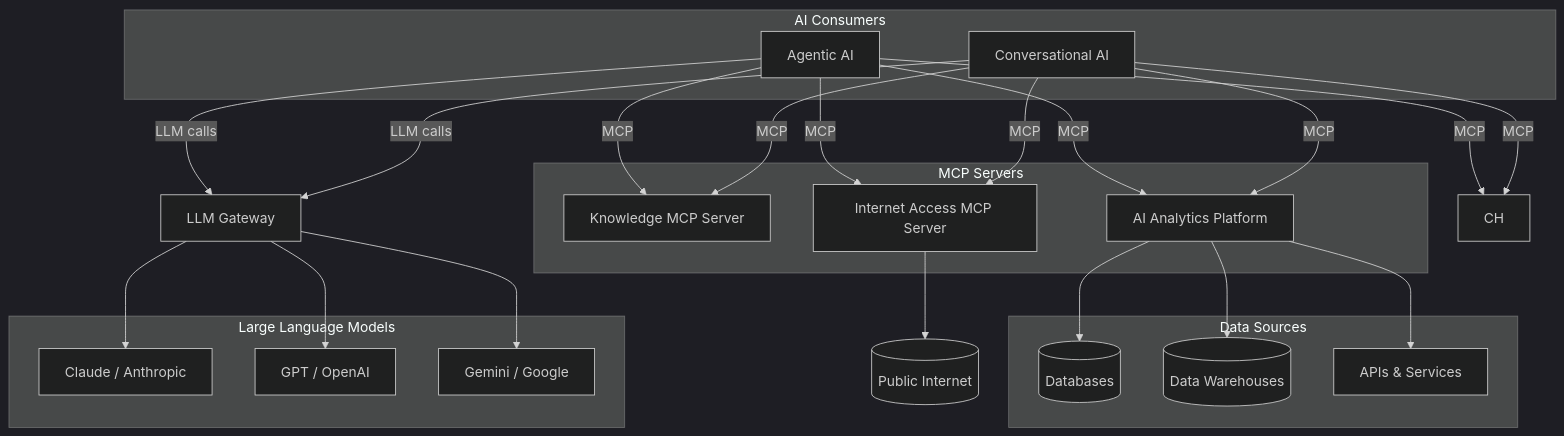
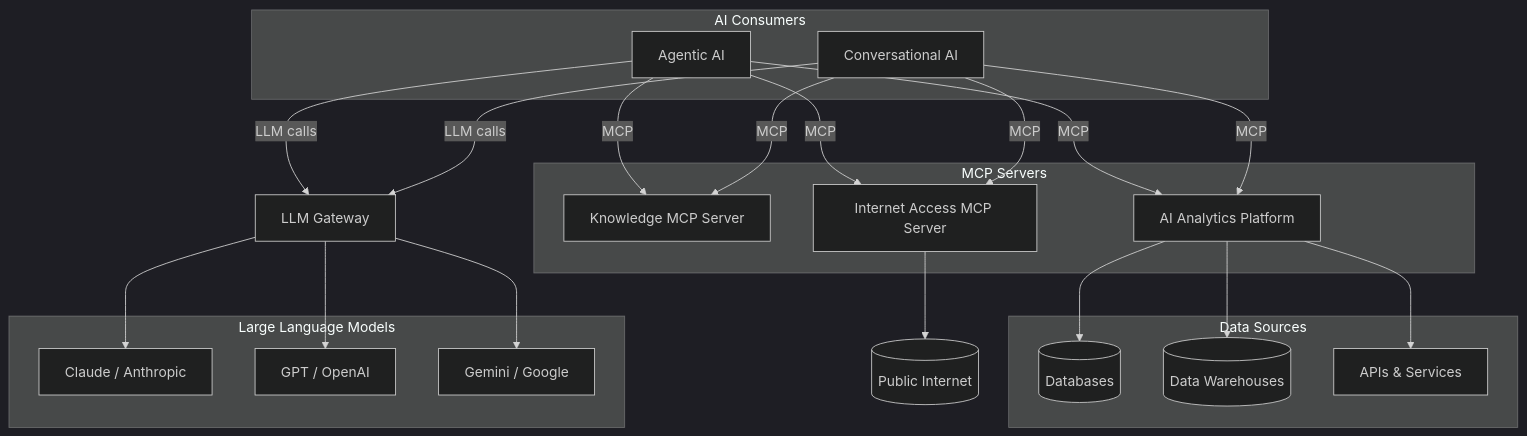
Before and after one commit to M-A-Operating-System/shared-work: the diagram in README.md, drawn with Mermaid (dark theme).

````diff
--- a/README.md
+++ b/README.md
@@ -39,54 +39,52 @@
 ```mermaid
 flowchart TB
     subgraph Consumers["AI Consumers"]
         AgAI[Agentic AI]
         ConvAI[Conversational AI]
     end
 
     subgraph MCPServers["MCP Servers"]
         KN[Knowledge MCP Server]
         AN[AI Analytics Platform]
         IN[Internet Access MCP Server]
     end
 
     subgraph DataSources["Data Sources"]
         DB[(Databases)]
         DW[(Data Warehouses)]
         API[APIs & Services]
     end
 
     WEB[("Public Internet")]
 
     GW[LLM Gateway]
 
     subgraph LLMPool["Large Language Models"]
         L1[Claude / Anthropic]
         L2[GPT / OpenAI]
         L3[Gemini / Google]
     end
 
     AN --> DB
     AN --> DW
     AN --> API
     IN --> WEB
     GW --> L1
     GW --> L2
     GW --> L3
 
     click AN href "docs/product/analytics/01-overview.md"
     click KN href "docs/product/knowledge/01-overview.md"
     click CH href "docs/product/assistant/01-overview.md"
     click IN href "docs/product/internet/01-overview.md"
     click ConvAI href "docs/product/assistant/01-overview.md"
 
     AgAI -->|MCP| AN
     AgAI -->|MCP| KN
-    AgAI -->|MCP| CH
     AgAI -->|MCP| IN
     AgAI -->|LLM calls| GW
     ConvAI -->|MCP| AN
     ConvAI -->|MCP| KN
-    ConvAI -->|MCP| CH
     ConvAI -->|MCP| IN
     ConvAI -->|LLM calls| GW
 ```
````
